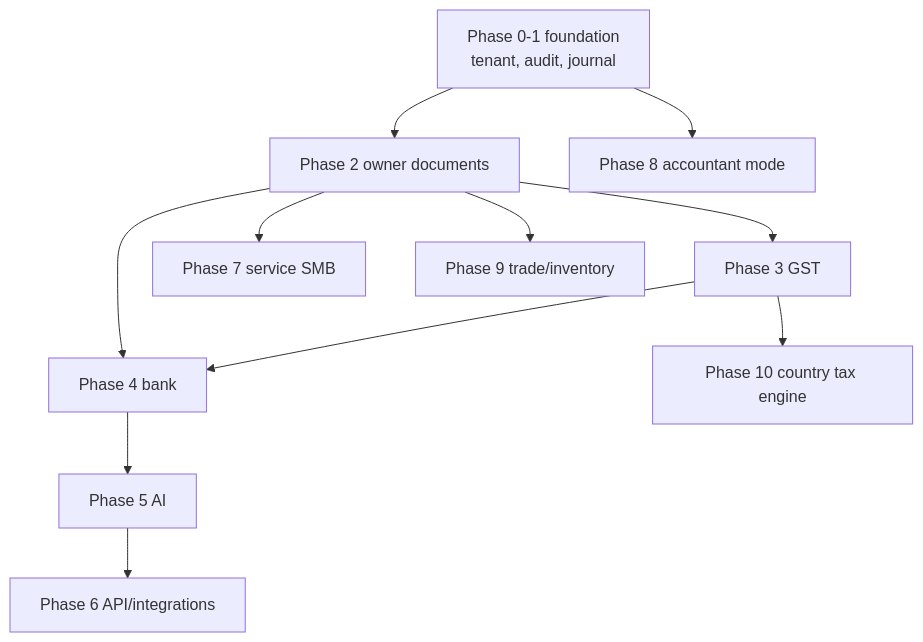
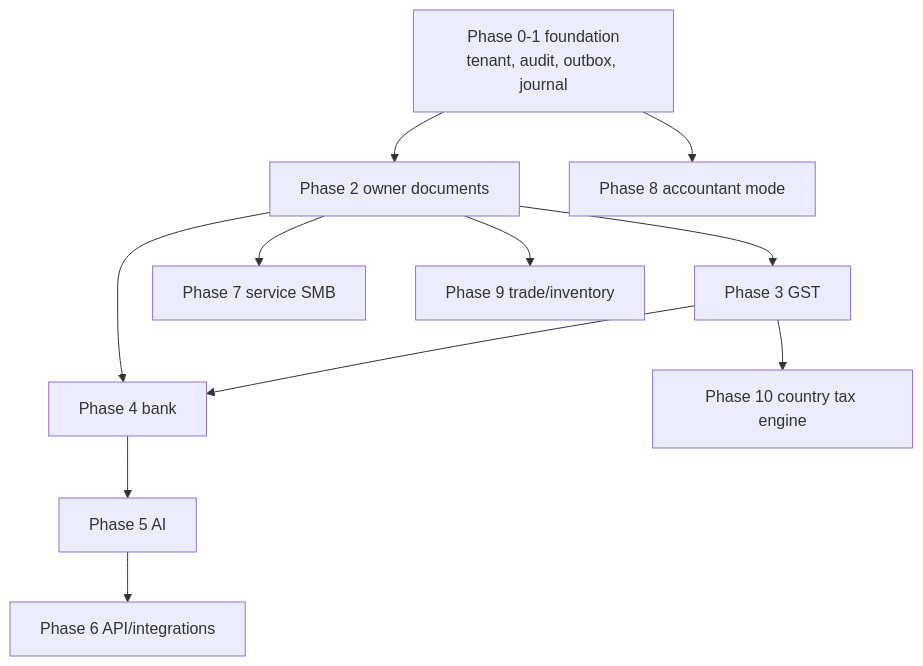
One commit to isherbuilds/edernal-books changed the first of 2 diagrams in docs/superpowers/plans/2026-06-16-phases-02-10-roadmap-plans.md. Above: the diagram before and after it, drawn with Mermaid. The commit also changed other lines of this file and 33 other files, not shown here.

````diff
--- a/docs/superpowers/plans/2026-06-16-phases-02-10-roadmap-plans.md
+++ b/docs/superpowers/plans/2026-06-16-phases-02-10-roadmap-plans.md
@@ -31,13 +31,13 @@
 ```mermaid
 flowchart TD
-  Foundation["Phase 0-1 foundation<br/>tenant, audit, journal"] --> OwnerDocs["Phase 2 owner documents"]
+  Foundation["Phase 0-1 foundation<br/>tenant, audit, outbox, journal"] --> OwnerDocs["Phase 2 owner documents"]
   OwnerDocs --> GST["Phase 3 GST"]
   OwnerDocs --> Bank["Phase 4 bank"]
   GST --> Bank
   Bank --> AI["Phase 5 AI"]
   AI --> Integrations["Phase 6 API/integrations"]
   OwnerDocs --> Service["Phase 7 service SMB"]
   Foundation --> Accountant["Phase 8 accountant mode"]
   OwnerDocs --> Trade["Phase 9 trade/inventory"]
   GST --> TaxEngine["Phase 10 country tax engine"]
 ```
````
